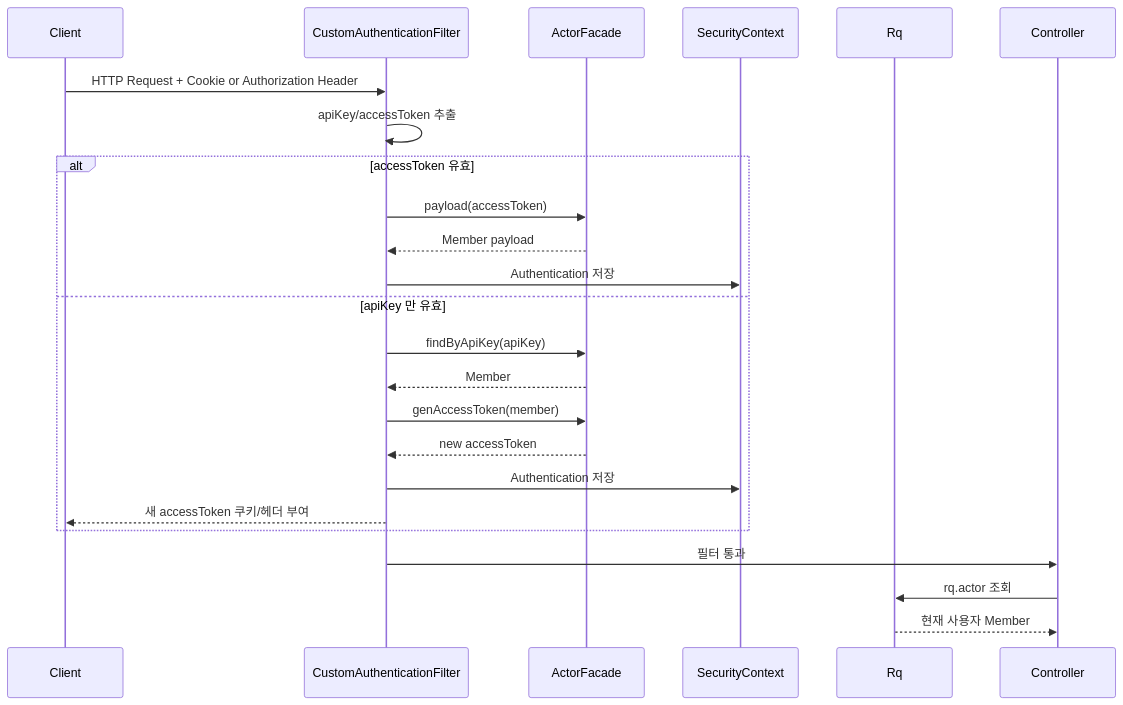
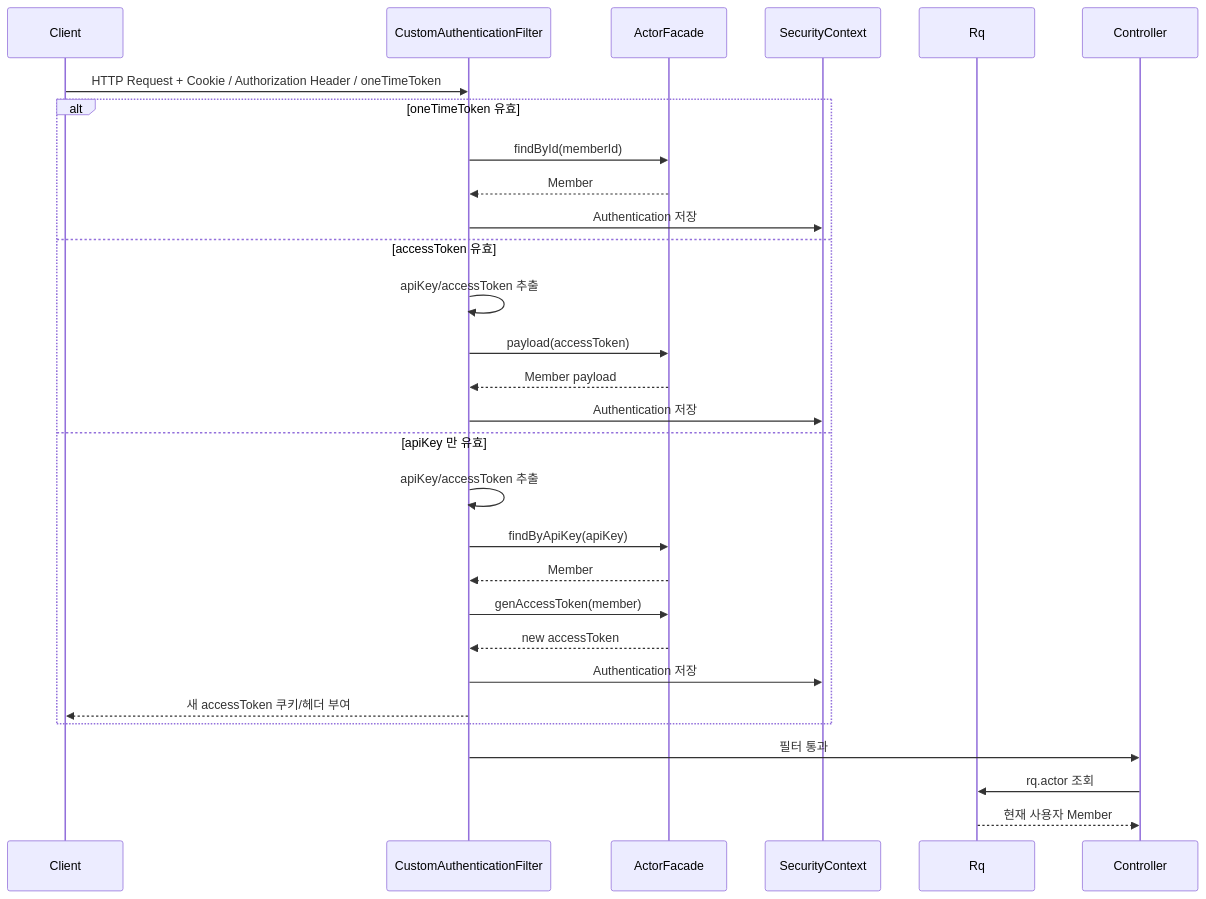
One commit to jhs512/slog_2026_03 changed the third of 7 diagrams in back/README.md. Above: the diagram before and after it, drawn with Mermaid. The commit also changed other lines of this file and 1 other file, not shown here.

````diff
--- a/back/README.md
+++ b/back/README.md
@@ -507,27 +508,32 @@
 ```mermaid
 sequenceDiagram
     participant C as Client
     participant F as CustomAuthenticationFilter
     participant A as ActorFacade
     participant S as SecurityContext
     participant R as Rq
     participant CT as Controller
 
-    C->>F: HTTP Request + Cookie or Authorization Header
-    F->>F: apiKey/accessToken 추출
-    alt accessToken 유효
+    C->>F: HTTP Request + Cookie / Authorization Header / oneTimeToken
+    alt oneTimeToken 유효
+        F->>A: findById(memberId)
+        A-->>F: Member
+        F->>S: Authentication 저장
+    else accessToken 유효
+        F->>F: apiKey/accessToken 추출
         F->>A: payload(accessToken)
         A-->>F: Member payload
         F->>S: Authentication 저장
     else apiKey 만 유효
+        F->>F: apiKey/accessToken 추출
         F->>A: findByApiKey(apiKey)
         A-->>F: Member
         F->>A: genAccessToken(member)
         A-->>F: new accessToken
         F->>S: Authentication 저장
         F-->>C: 새 accessToken 쿠키/헤더 부여
     end
     F->>CT: 필터 통과
     CT->>R: rq.actor 조회
     R-->>CT: 현재 사용자 Member
 ```
````
